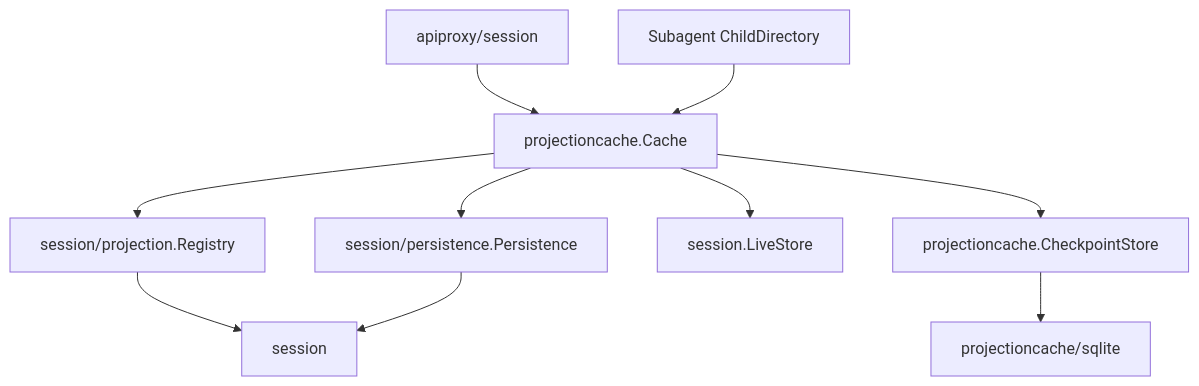
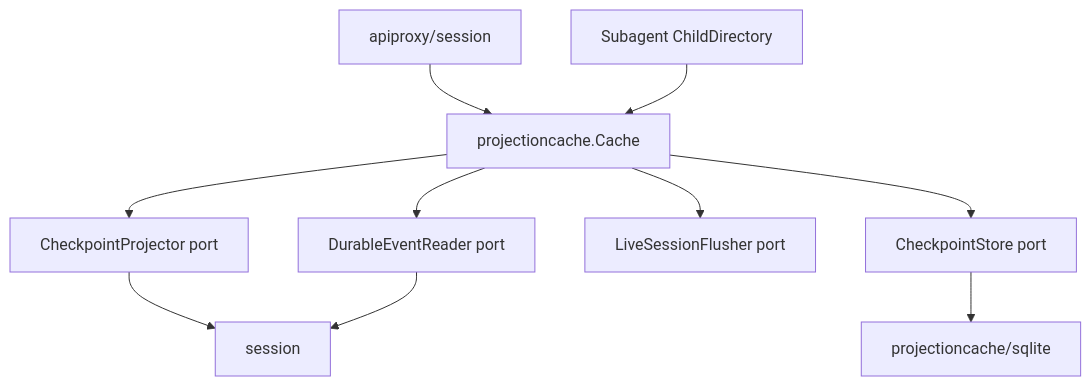
Before and after one commit to gorenx/goren: the diagram in zh-CN/SessionProjectionCache最终设计方案.md, drawn with Mermaid. The commit also changed other lines of this file and 11 other files, not shown here.

Commit message:
docs(session): align lifecycle and projection cache design

````diff
--- a/zh-CN/SessionProjectionCache最终设计方案.md
+++ b/zh-CN/SessionProjectionCache最终设计方案.md
@@ -151,12 +150,12 @@
 ```mermaid
 flowchart TD
     API[apiproxy/session] --> Cache[projectioncache.Cache]
     Child[Subagent ChildDirectory] --> Cache
-    Cache --> Projection[session/projection.Registry]
-    Cache --> Persistence[session/persistence.Persistence]
-    Cache --> Sessions[session.LiveStore]
-    Cache --> Store[projectioncache.CheckpointStore]
+    Cache --> Projection[CheckpointProjector port]
+    Cache --> Persistence[DurableEventReader port]
+    Cache --> Sessions[LiveSessionFlusher port]
+    Cache --> Store[CheckpointStore port]
     Store --> SQLite[projectioncache/sqlite]
     Projection --> Session[session]
     Persistence --> Session
 ```
````
